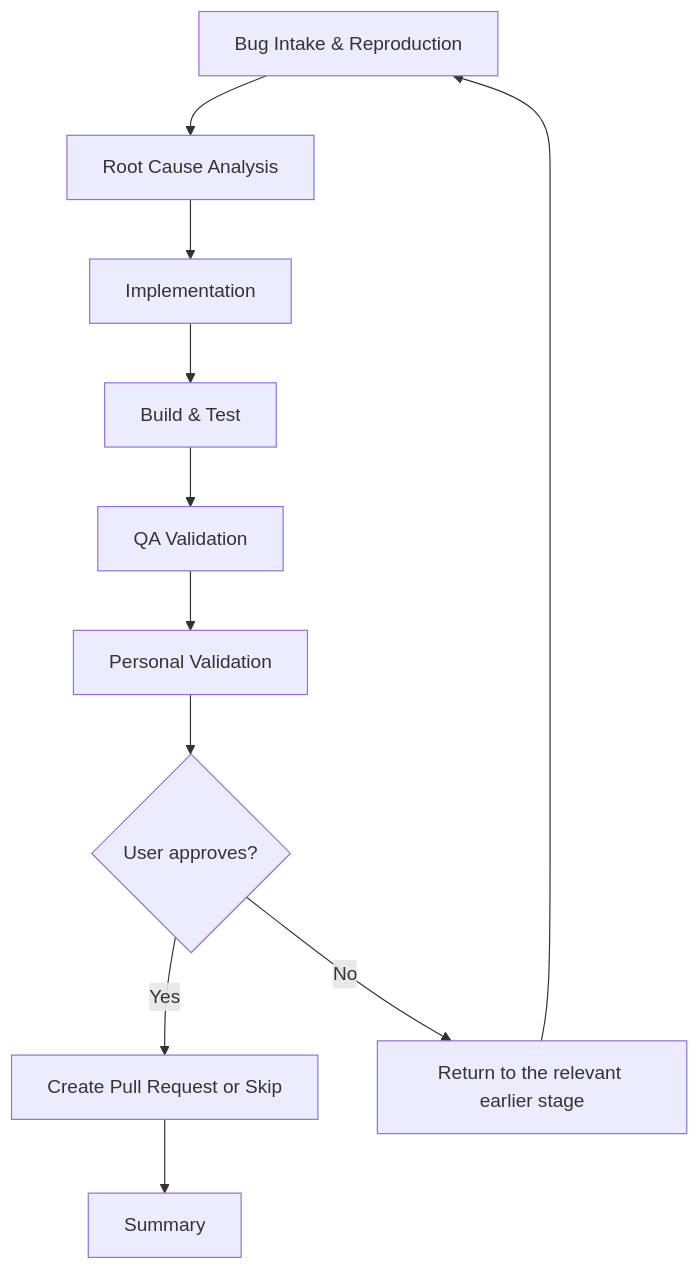
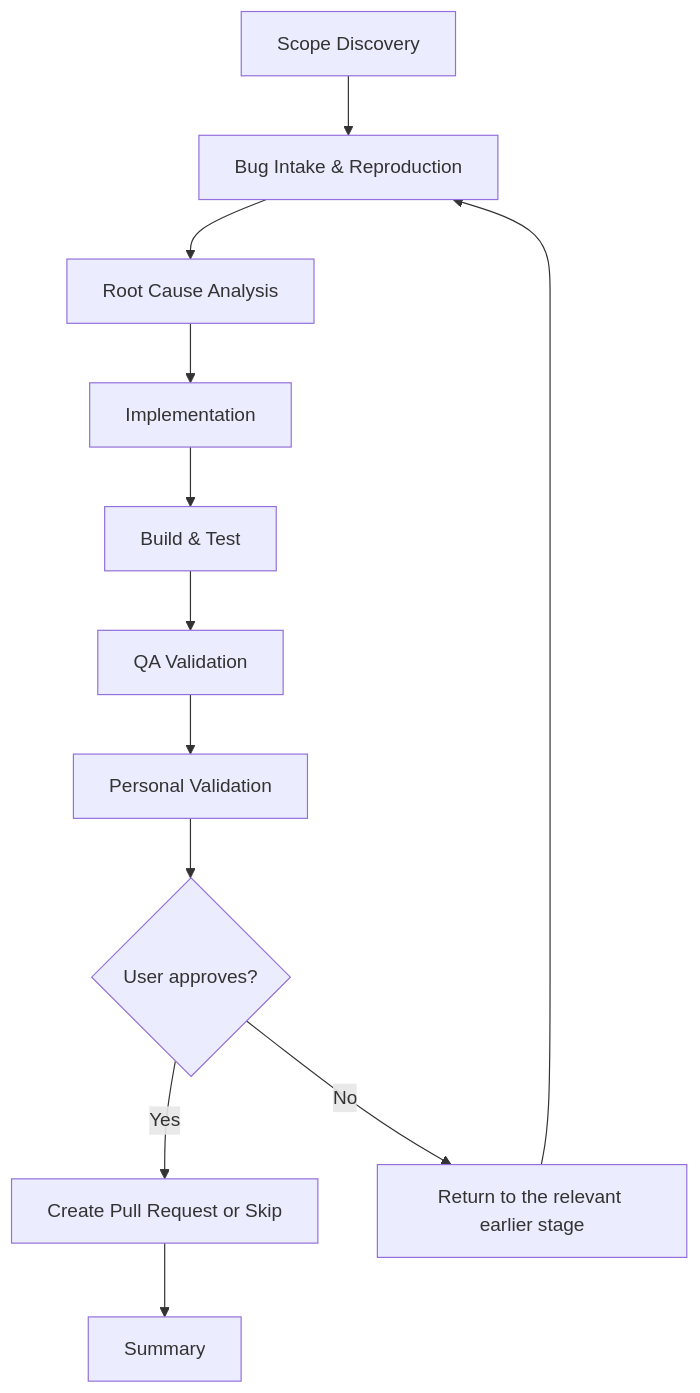
Before and after one commit to JSdotNet/Copilot: diagram 12 of 14 in plugins/copilot-app/resources/orchestration-flow-diagrams.md, drawn with Mermaid. The commit also changed other lines of this file and 4 other files, not shown here.

First line of the commit message:
Add Stage 0 scope discovery to orch-feature and orch-bug

````diff
--- a/plugins/copilot-app/resources/orchestration-flow-diagrams.md
+++ b/plugins/copilot-app/resources/orchestration-flow-diagrams.md
@@ -296,13 +298,14 @@
 ```mermaid
 flowchart TD
-    A["Bug Intake & Reproduction"] --> B["Root Cause Analysis"]
+    S["Scope Discovery"] --> A["Bug Intake & Reproduction"]
+    A --> B["Root Cause Analysis"]
     B --> C["Implementation"]
     C --> D["Build & Test"]
     D --> E["QA Validation"]
     E --> F["Personal Validation"]
     F --> G{User approves?}
     G -->|Yes| H["Create Pull Request or Skip"]
     G -->|No| I["Return to the relevant earlier stage"]
     I --> A
     H --> J["Summary"]
 ```
````
